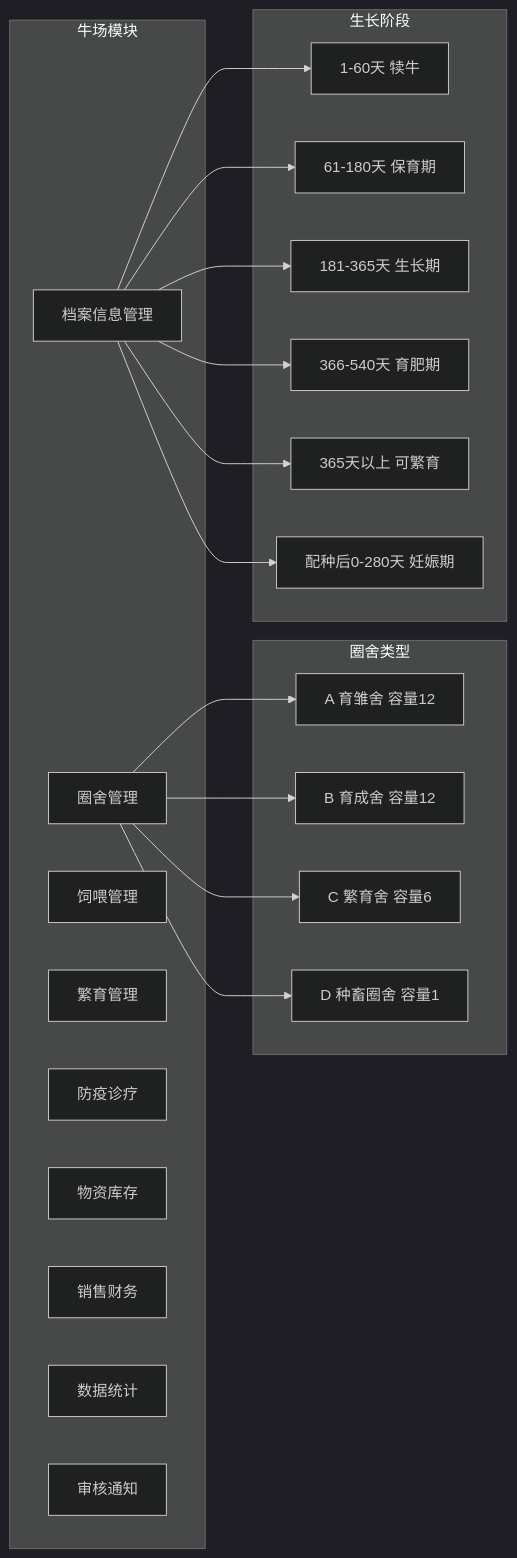
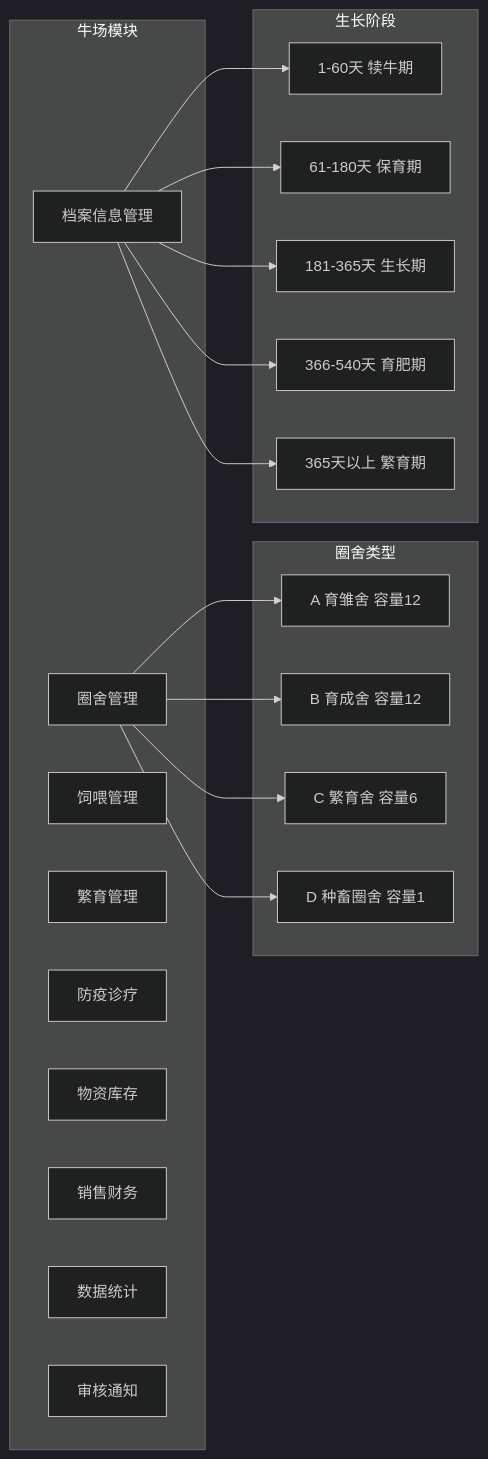
The third of 9 diagrams in docs/HDD-智能养殖信息管理系统.md (KeepRising-l/livestockBreedingSystem), drawn with Mermaid (dark theme) before and after one commit. The commit also changed other lines of this file and 5 other files, not shown here.

````diff
--- a/docs/HDD-智能养殖信息管理系统.md
+++ b/docs/HDD-智能养殖信息管理系统.md
@@ -403,41 +403,39 @@
 ```mermaid
 graph LR
     subgraph 牛场模块
         PEN[圈舍管理]
         ARC[档案信息管理]
         FED[饲喂管理]
         BRD[繁育管理]
         HLT[防疫诊疗]
         INV[物资库存]
         FIN[销售财务]
         STA[数据统计]
         REV[审核通知]
     end
 
     subgraph 圈舍类型
         A[A 育雏舍 容量12]
         B[B 育成舍 容量12]
         C[C 繁育舍 容量6]
         D[D 种畜圈舍 容量1]
     end
 
     subgraph 生长阶段
-        S1[1-60天 犊牛]
+        S1[1-60天 犊牛期]
         S2[61-180天 保育期]
         S3[181-365天 生长期]
         S4[366-540天 育肥期]
-        S5[365天以上 可繁育]
-        S6[配种后0-280天 妊娠期]
+        S5[365天以上 繁育期]
     end
 
     PEN --> A
     PEN --> B
     PEN --> C
     PEN --> D
     ARC --> S1
     ARC --> S2
     ARC --> S3
     ARC --> S4
     ARC --> S5
-    ARC --> S6
 ```
````
